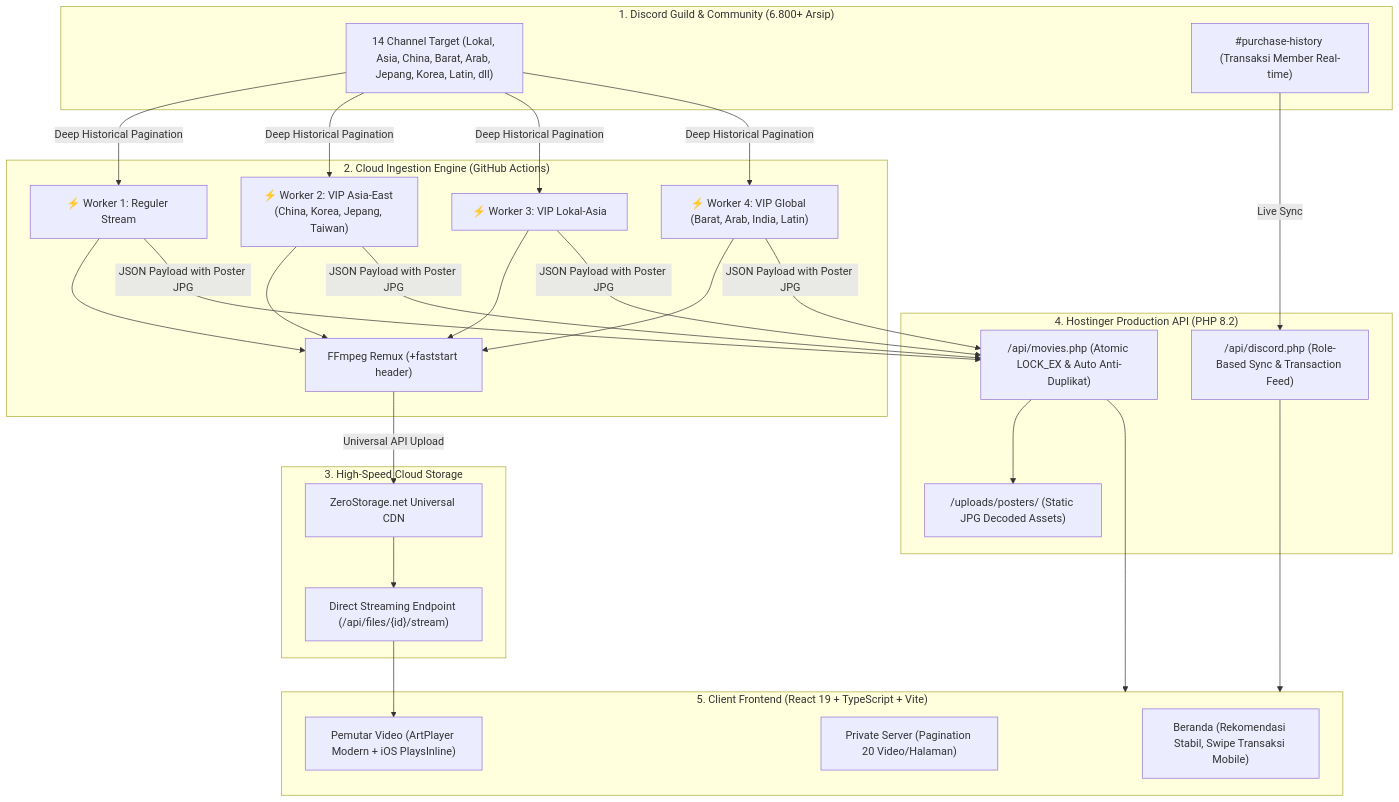
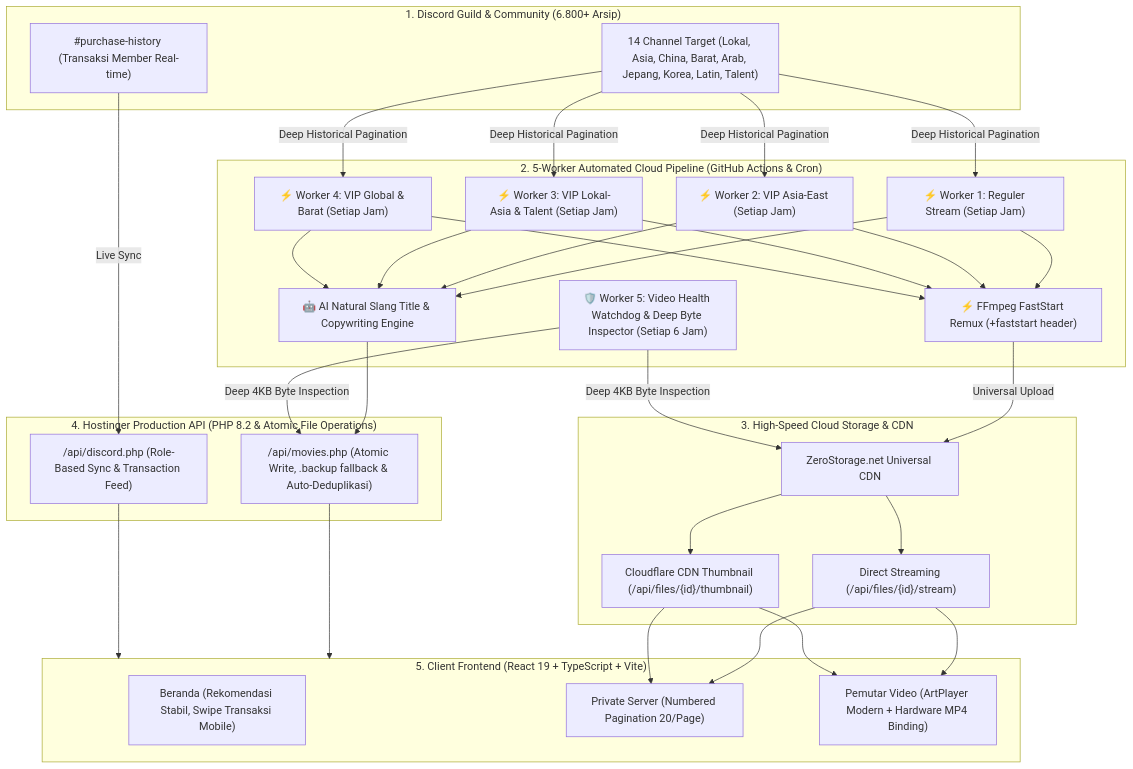
The diagram in README.md (YerikhoArfensiasEffendi/sekolahnakal), drawn with Mermaid before and after one commit. The commit also changed other lines of this file, not shown here.

Commit message:
docs: update README with 5-Worker automated pipeline and AI slang title engine details

````diff
--- a/README.md
+++ b/README.md
@@ -29,42 +30,45 @@
 ```mermaid
 flowchart TD
     subgraph Discord["1. Discord Guild & Community (6.800+ Arsip)"]
-        DC1["14 Channel Target (Lokal, Asia, China, Barat, Arab, Jepang, Korea, Latin, dll)"]
+        DC1["14 Channel Target (Lokal, Asia, China, Barat, Arab, Jepang, Korea, Latin, Talent)"]
         DC2["#purchase-history (Transaksi Member Real-time)"]
     end
 
-    subgraph GitHubActions["2. Cloud Ingestion Engine (GitHub Actions)"]
-        W1["⚡ Worker 1: Reguler Stream"]
-        W2["⚡ Worker 2: VIP Asia-East (China, Korea, Jepang, Taiwan)"]
-        W3["⚡ Worker 3: VIP Lokal-Asia"]
-        W4["⚡ Worker 4: VIP Global (Barat, Arab, India, Latin)"]
-        FFMPEG["FFmpeg Remux (+faststart header)"]
+    subgraph GitHubActions["2. 5-Worker Automated Cloud Pipeline (GitHub Actions & Cron)"]
+        W1["⚡ Worker 1: Reguler Stream (Setiap Jam)"]
+        W2["⚡ Worker 2: VIP Asia-East (Setiap Jam)"]
+        W3["⚡ Worker 3: VIP Lokal-Asia & Talent (Setiap Jam)"]
+        W4["⚡ Worker 4: VIP Global & Barat (Setiap Jam)"]
+        W5["🛡️ Worker 5: Video Health Watchdog & Deep Byte Inspector (Setiap 6 Jam)"]
+        AI_TITLE["🤖 AI Natural Slang Title & Copywriting Engine"]
+        FFMPEG["⚡ FFmpeg FastStart Remux (+faststart header)"]
     end
 
-    subgraph CloudStorage["3. High-Speed Cloud Storage"]
+    subgraph CloudStorage["3. High-Speed Cloud Storage & CDN"]
         ZS["ZeroStorage.net Universal CDN"]
-        ZS_API["Direct Streaming Endpoint (/api/files/{id}/stream)"]
+        ZS_API["Direct Streaming (/api/files/{id}/stream)"]
+        ZS_THUMB["Cloudflare CDN Thumbnail (/api/files/{id}/thumbnail)"]
     end
 
-    subgraph ServerBackend["4. Hostinger Production API (PHP 8.2)"]
-        API_MOVIES["/api/movies.php (Atomic LOCK_EX & Auto Anti-Duplikat)"]
-        API_POSTERS["/uploads/posters/ (Static JPG Decoded Assets)"]
+    subgraph ServerBackend["4. Hostinger Production API (PHP 8.2 & Atomic File Operations)"]
+        API_MOVIES["/api/movies.php (Atomic Write, .backup fallback & Auto-Deduplikasi)"]
         API_DISCORD["/api/discord.php (Role-Based Sync & Transaction Feed)"]
     end
 
     subgraph FrontendApp["5. Client Frontend (React 19 + TypeScript + Vite)"]
         HOME["Beranda (Rekomendasi Stabil, Swipe Transaksi Mobile)"]
-        PRIVATE["Private Server (Pagination 20 Video/Halaman)"]
-        WATCH["Pemutar Video (ArtPlayer Modern + iOS PlaysInline)"]
+        PRIVATE["Private Server (Numbered Pagination 20/Page)"]
+        WATCH["Pemutar Video (ArtPlayer Modern + Hardware MP4 Binding)"]
     end
 
     DC1 -->|Deep Historical Pagination| W1 & W2 & W3 & W4
     W1 & W2 & W3 & W4 --> FFMPEG
-    FFMPEG -->|Universal API Upload| ZS
-    ZS --> ZS_API
-    W1 & W2 & W3 & W4 -->|JSON Payload with Poster JPG| API_MOVIES
-    API_MOVIES --> API_POSTERS
+    W1 & W2 & W3 & W4 --> AI_TITLE
+    FFMPEG -->|Universal Upload| ZS
+    ZS --> ZS_API & ZS_THUMB
+    AI_TITLE --> API_MOVIES
+    W5 -->|Deep 4KB Byte Inspection| API_MOVIES & ZS
     DC2 -->|Live Sync| API_DISCORD
     API_MOVIES & API_DISCORD --> FrontendApp
-    ZS_API --> WATCH
+    ZS_API & ZS_THUMB --> WATCH & PRIVATE
 ```
````
